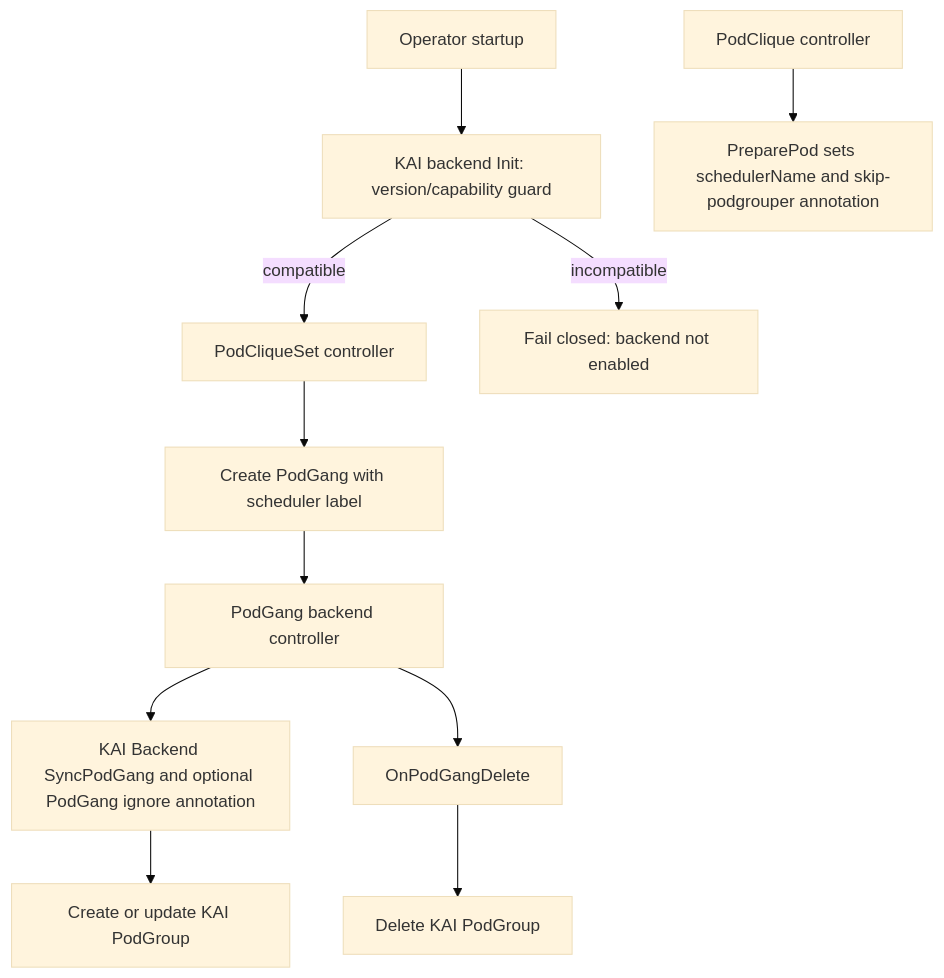
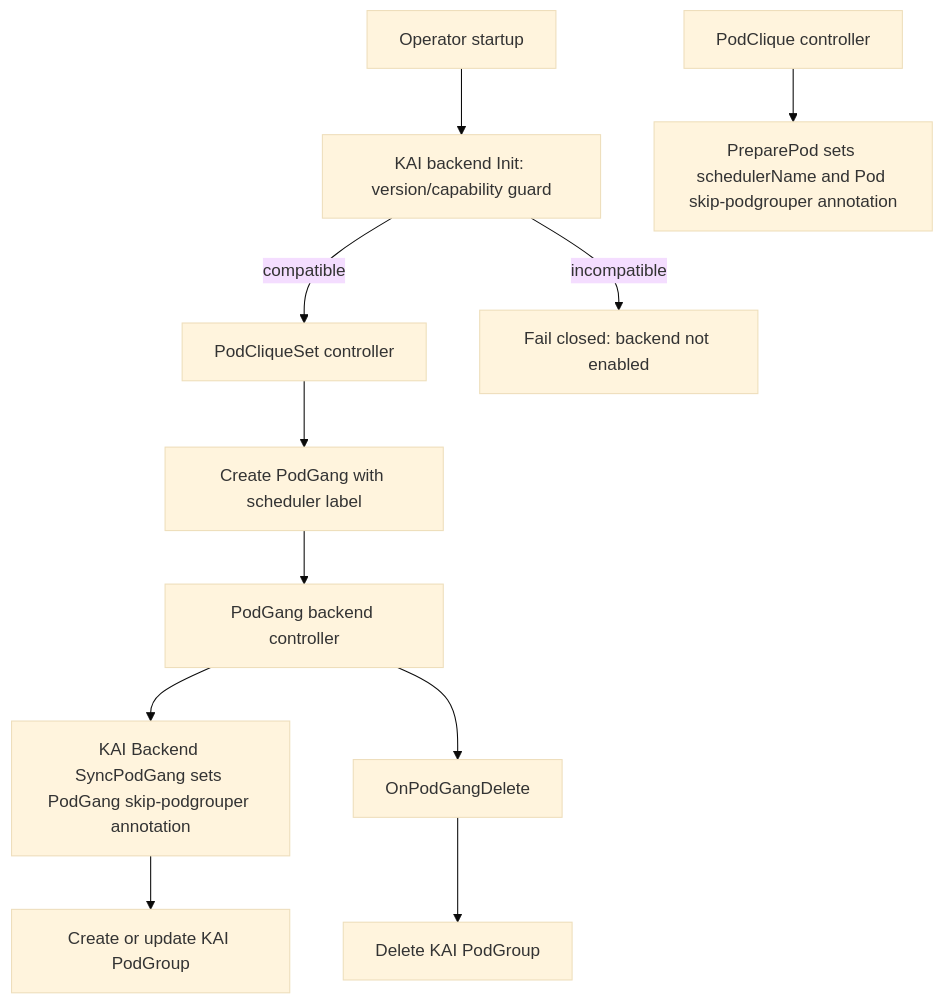
Before and after one commit to ai-dynamo/grove: the diagram in docs/proposals/525-KAI-Scheduler-Backend/README.md, drawn with Mermaid (base theme). The commit also changed other lines of this file, not shown here.

````diff
--- a/docs/proposals/525-KAI-Scheduler-Backend/README.md
+++ b/docs/proposals/525-KAI-Scheduler-Backend/README.md
@@ -153,13 +116,13 @@
 ```mermaid
 flowchart TD
     A[Operator startup] --> B[KAI backend Init: version/capability guard]
     B -->|compatible| G[PodCliqueSet controller]
     B -->|incompatible| X[Fail closed: backend not enabled]
     G[PodCliqueSet controller] --> H[Create PodGang with scheduler label]
-    I[PodClique controller] --> J[PreparePod sets schedulerName and skip-podgrouper annotation]
+    I[PodClique controller] --> J[PreparePod sets schedulerName and Pod skip-podgrouper annotation]
     H --> K[PodGang backend controller]
-    K --> L[KAI Backend SyncPodGang and optional PodGang ignore annotation]
+    K --> L[KAI Backend SyncPodGang sets PodGang skip-podgrouper annotation]
     L --> M[Create or update KAI PodGroup]
     K --> O[OnPodGangDelete]
     O --> P[Delete KAI PodGroup]
 ```
````
